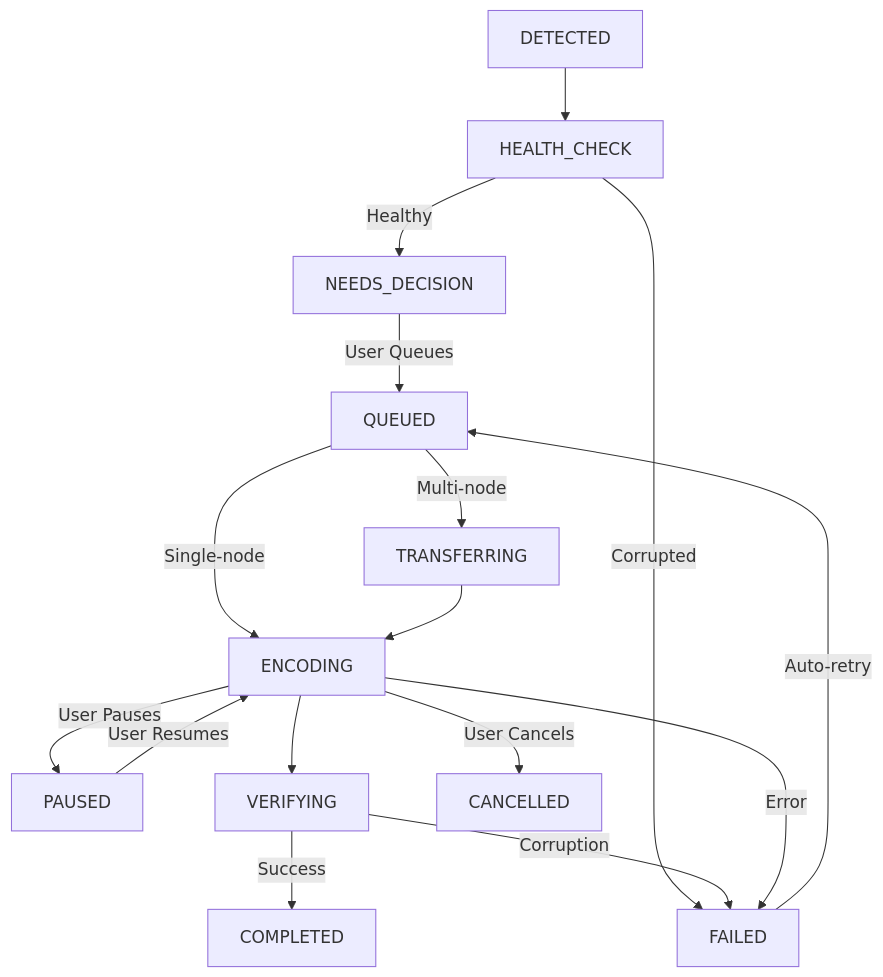
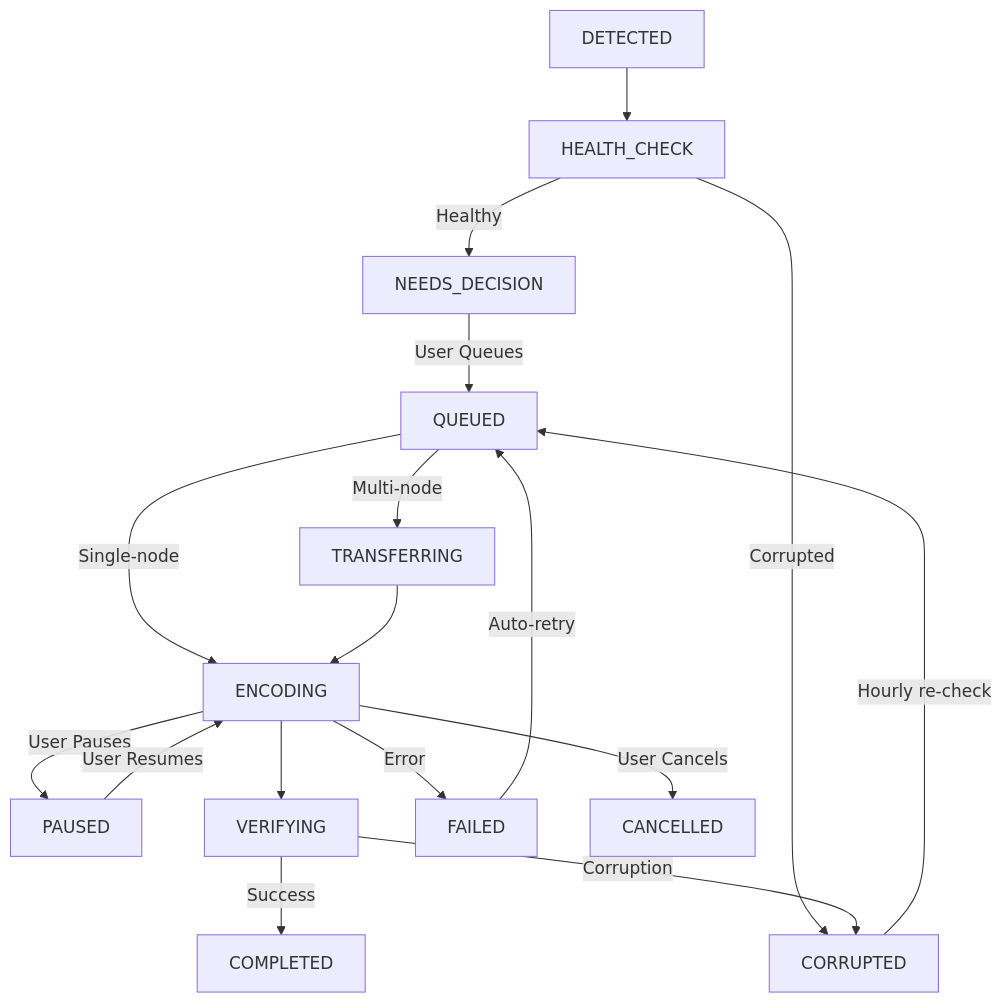
The diagram in docs-mintlify/guides/understanding-jobs.mdx (lucid-fabrics/bitbonsai), drawn with Mermaid before and after one commit. The commit also changed other lines of this file and 20 other files, not shown here.

````diff
--- a/docs-mintlify/guides/understanding-jobs.mdx
+++ b/docs-mintlify/guides/understanding-jobs.mdx
@@ -30,18 +31,19 @@
 ```mermaid
 graph TD
     A[DETECTED] --> B[HEALTH_CHECK]
     B -->|Healthy| C[NEEDS_DECISION]
-    B -->|Corrupted| D[FAILED]
+    B -->|Corrupted| L[CORRUPTED]
     C -->|User Queues| E[QUEUED]
     E -->|Multi-node| F[TRANSFERRING]
     E -->|Single-node| G[ENCODING]
     F --> G
     G -->|User Pauses| H[PAUSED]
     H -->|User Resumes| G
     G --> I[VERIFYING]
     I -->|Success| J[COMPLETED]
-    I -->|Corruption| D
-    G -->|Error| D
+    I -->|Corruption| L
+    G -->|Error| D[FAILED]
+    L -->|Hourly re-check| E
     D -->|Auto-retry| E
     G -->|User Cancels| K[CANCELLED]
 ```
````
